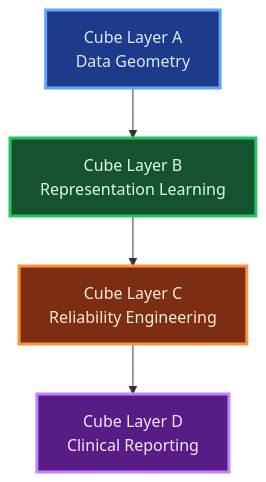
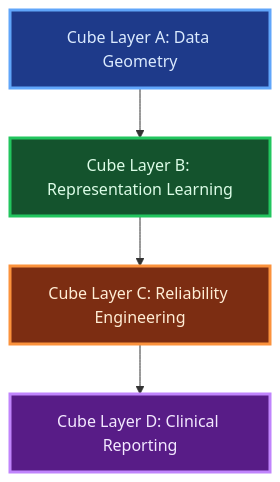
One commit to msgxr/VARIANT-GNN changed diagram 11 of 11 in README.md. Above: the diagram before and after it, drawn with Mermaid. The commit also changed other lines of this file, not shown here.

Commit message:
fix: resolve Mermaid rendering issues on GitHub

````diff
--- a/README.md
+++ b/README.md
@@ -252,9 +252,9 @@
   ```mermaid
-  flowchart TB
-    classDef c1 fill:#1e3a8a,color:#dbeafe,stroke:#60a5fa,stroke-width:3px;
-    classDef c2 fill:#14532d,color:#dcfce7,stroke:#22c55e,stroke-width:3px;
-    classDef c3 fill:#7c2d12,color:#ffedd5,stroke:#fb923c,stroke-width:3px;
-    classDef c4 fill:#581c87,color:#f3e8ff,stroke:#c084fc,stroke-width:3px;
+  graph TB
+    classDef c1 fill:#1e3a8a,stroke:#60a5fa,stroke-width:3px,color:#dbeafe
+    classDef c2 fill:#14532d,stroke:#22c55e,stroke-width:3px,color:#dcfce7
+    classDef c3 fill:#7c2d12,stroke:#fb923c,stroke-width:3px,color:#ffedd5
+    classDef c4 fill:#581c87,stroke:#c084fc,stroke-width:3px,color:#f3e8ff
 
-    A[Cube Layer A\nData Geometry]:::c1 --> B[Cube Layer B\nRepresentation Learning]:::c2 --> C[Cube Layer C\nReliability Engineering]:::c3 --> D[Cube Layer D\nClinical Reporting]:::c4
+    A["Cube Layer A: Data Geometry"]:::c1 --> B["Cube Layer B: Representation Learning"]:::c2 --> C["Cube Layer C: Reliability Engineering"]:::c3 --> D["Cube Layer D: Clinical Reporting"]:::c4
   ```
````
